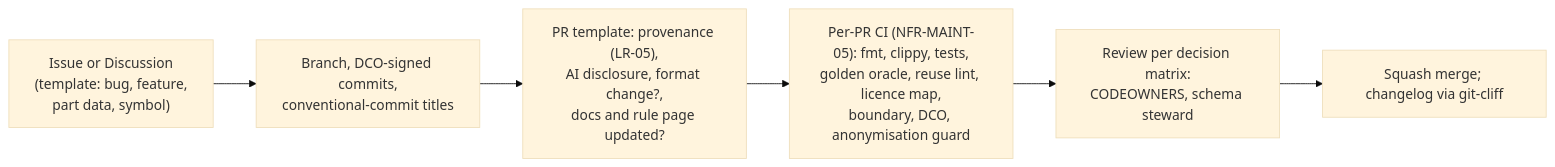
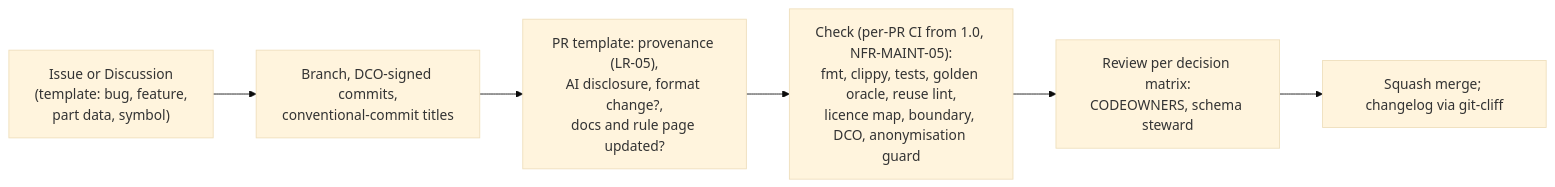
Before and after one commit to Ironkode787/ElektraWatt: the third of 3 diagrams in docs/design/19-open-source-governance.md, drawn with Mermaid (base theme). The commit also changed other lines of this file and 3 other files, not shown here.

````diff
--- a/docs/design/19-open-source-governance.md
+++ b/docs/design/19-open-source-governance.md
@@ -353,8 +360,8 @@
 ```mermaid
 flowchart LR
   I["Issue or Discussion<br/>(template: bug, feature,<br/>part data, symbol)"] --> B["Branch, DCO-signed commits,<br/>conventional-commit titles"]
   B --> T["PR template: provenance (LR-05),<br/>AI disclosure, format change?,<br/>docs and rule page updated?"]
-  T --> C["Per-PR CI (NFR-MAINT-05): fmt, clippy, tests,<br/>golden oracle, reuse lint, licence map,<br/>boundary, DCO, anonymisation guard"]
+  T --> C["Check (per-PR CI from 1.0, NFR-MAINT-05):<br/>fmt, clippy, tests, golden oracle, reuse lint,<br/>licence map, boundary, DCO, anonymisation guard"]
   C --> R["Review per decision matrix:<br/>CODEOWNERS, schema steward"]
   R --> M["Squash merge; changelog via git-cliff"]
 ```
````
